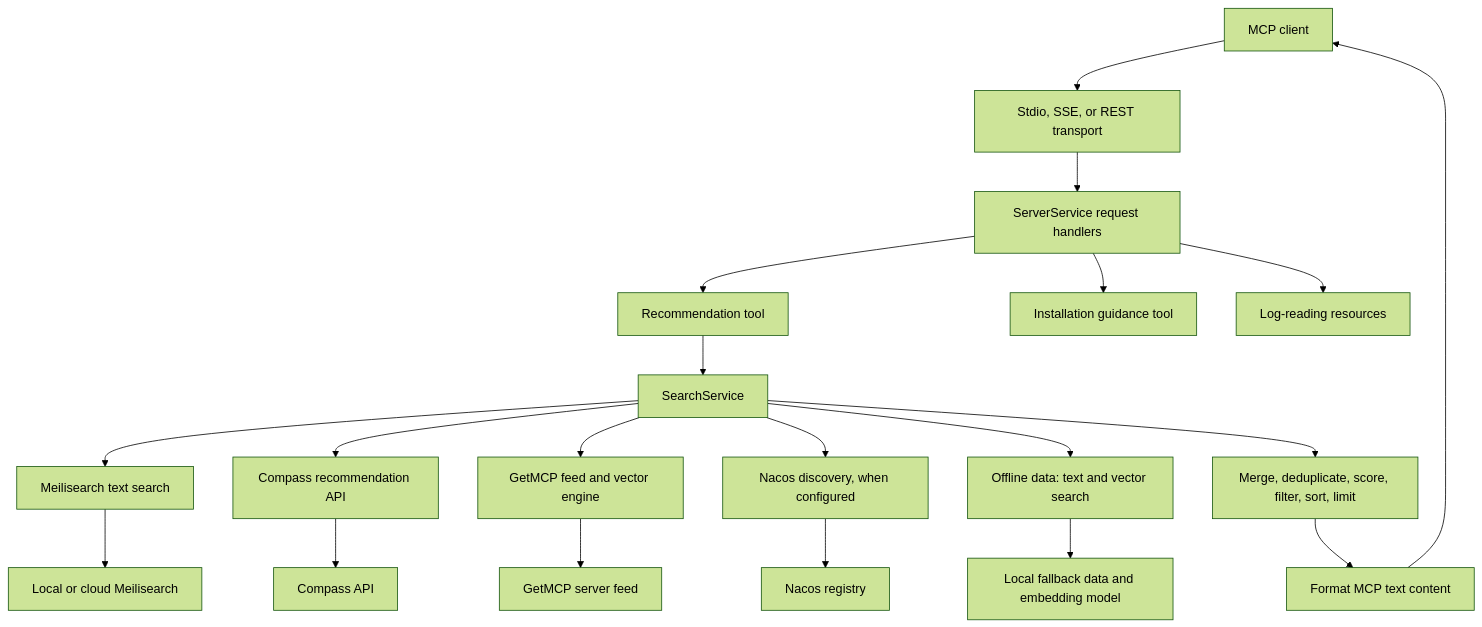
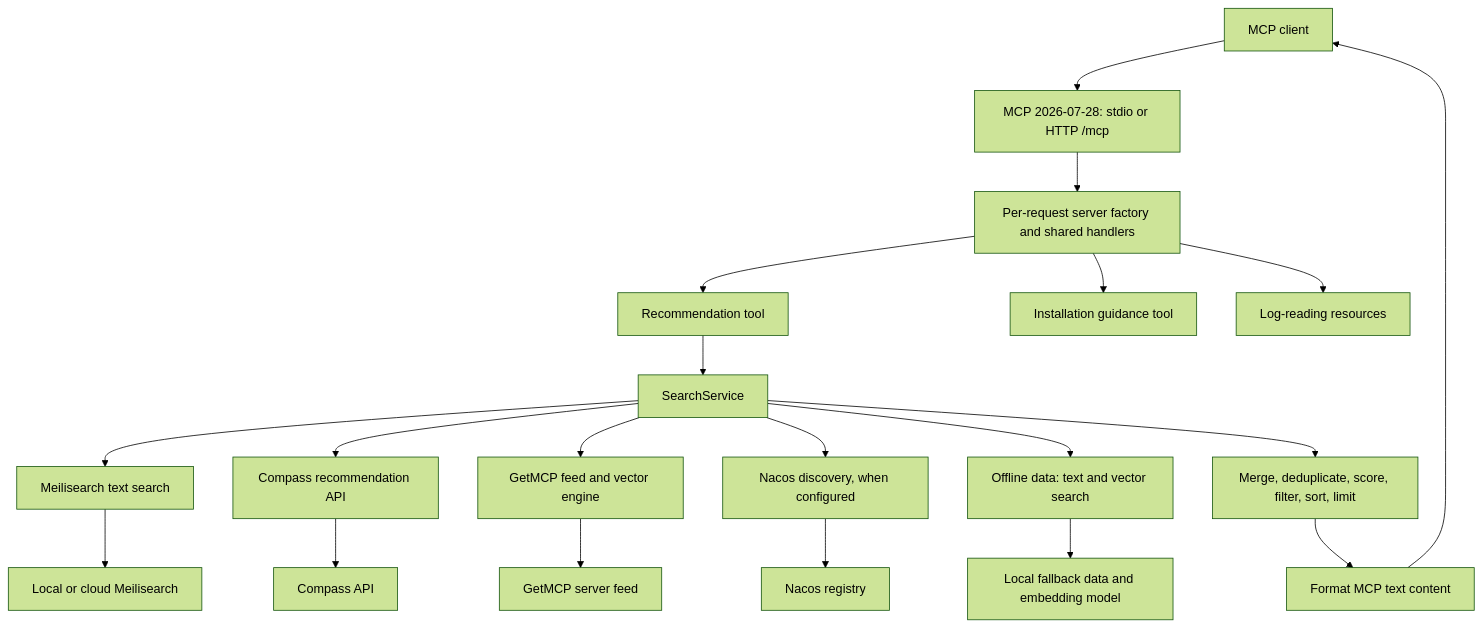
One commit to istarwyh/mcpadvisor changed the first of 3 diagrams in docs/ARCHITECTURE.en.md. Above: the diagram before and after it, drawn with Mermaid (forest theme). The commit also changed other lines of this file and 43 other files, not shown here.

````diff
--- a/docs/ARCHITECTURE.en.md
+++ b/docs/ARCHITECTURE.en.md
@@ -32,22 +32,22 @@
 ```mermaid
 graph TD
-    Client["MCP client"] --> Transport["Stdio, SSE, or REST transport"]
-    Transport --> Server["ServerService request handlers"]
+    Client["MCP client"] --> Transport["MCP 2026-07-28: stdio or HTTP /mcp"]
+    Transport --> Server["Per-request server factory and shared handlers"]
     Server --> Recommend["Recommendation tool"]
     Server --> Install["Installation guidance tool"]
     Server --> Logs["Log-reading resources"]
     Recommend --> Search["SearchService"]
     Search --> Meili["Meilisearch text search"]
     Search --> Compass["Compass recommendation API"]
     Search --> GetMCP["GetMCP feed and vector engine"]
     Search --> Nacos["Nacos discovery, when configured"]
     Search --> Offline["Offline data: text and vector search"]
     Meili --> MeiliService["Local or cloud Meilisearch"]
     Compass --> CompassAPI["Compass API"]
     GetMCP --> Feed["GetMCP server feed"]
     Nacos --> Registry["Nacos registry"]
     Offline --> Data["Local fallback data and embedding model"]
     Search --> Rerank["Merge, deduplicate, score, filter, sort, limit"]
     Rerank --> Format["Format MCP text content"]
     Format --> Client
 ```
````
